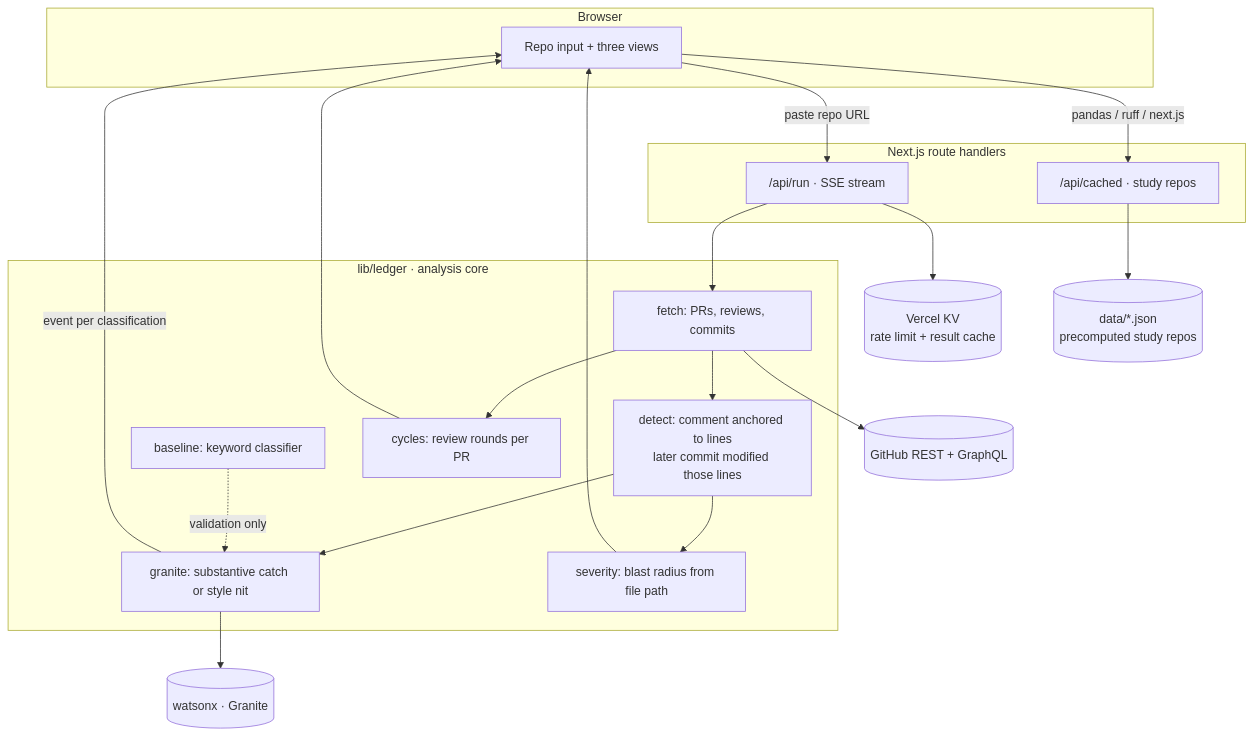
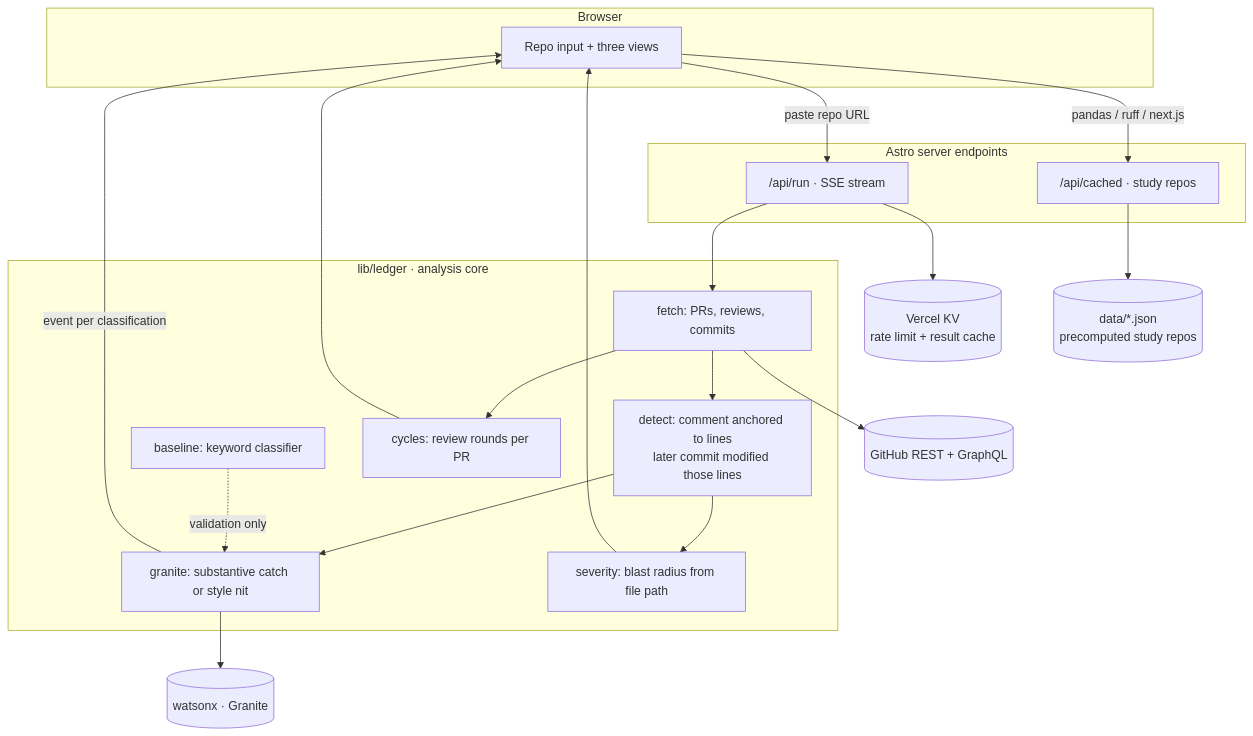
One commit to kidskoding/ledger changed the diagram in ARCHITECTURE.md. Above: the diagram before and after it, drawn with Mermaid. The commit also changed other lines of this file, not shown here.

First line of the commit message:
docs: bring the architecture spec up to date with Astro

````diff
--- a/ARCHITECTURE.md
+++ b/ARCHITECTURE.md
@@ -11,41 +11,41 @@
 ```mermaid
 flowchart TB
     subgraph client [Browser]
         UI[Repo input + three views]
     end
 
-    subgraph server [Next.js route handlers]
+    subgraph server [Astro server endpoints]
         RUN["/api/run · SSE stream"]
         CACHE["/api/cached · study repos"]
     end
 
     subgraph engine ["lib/ledger · analysis core"]
         FETCH[fetch: PRs, reviews, commits]
         DETECT[detect: comment anchored to lines<br/>later commit modified those lines]
         GRANITE[granite: substantive catch or style nit]
         BASE[baseline: keyword classifier]
         SEV[severity: blast radius from file path]
         CYC[cycles: review rounds per PR]
     end
 
     GH[(GitHub REST + GraphQL)]
     WX[(watsonx · Granite)]
     KV[(Vercel KV<br/>rate limit + result cache)]
     DATA[(data/*.json<br/>precomputed study repos)]
 
     UI -->|paste repo URL| RUN
     UI -->|pandas / ruff / next.js| CACHE
     CACHE --> DATA
     RUN --> KV
     RUN --> FETCH
     FETCH --> GH
     FETCH --> DETECT
     DETECT --> GRANITE
     GRANITE --> WX
     DETECT --> SEV
     FETCH --> CYC
     GRANITE -->|event per classification| UI
     SEV --> UI
     CYC --> UI
     BASE -.validation only.-> GRANITE
 ```
````
